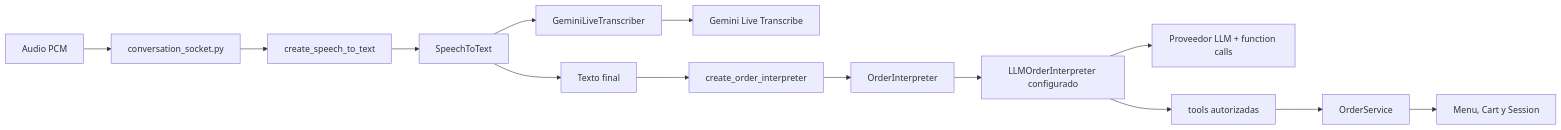
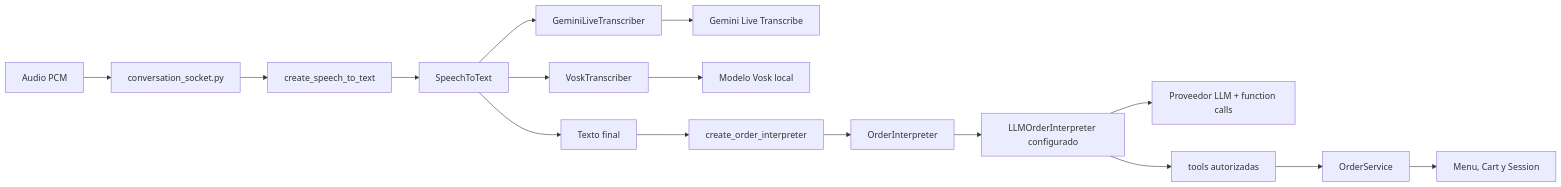
Before and after one commit to gsierra1/self_order: the third of 3 diagrams in docs/arquitectura.md, drawn with Mermaid. The commit also changed other lines of this file and 18 other files, not shown here.

Commit message:
Incorpora Vosk como transcriptor local opcional.

````diff
--- a/docs/arquitectura.md
+++ b/docs/arquitectura.md
@@ -424,16 +425,18 @@
 ```mermaid
 flowchart LR
     A[Audio PCM] --> CS[conversation_socket.py]
     CS --> F1[create_speech_to_text]
     F1 --> C1[SpeechToText]
     C1 --> G1[GeminiLiveTranscriber]
     G1 --> GT[Gemini Live Transcribe]
+    C1 --> V1[VoskTranscriber]
+    V1 --> VM[Modelo Vosk local]
     C1 --> T[Texto final]
     T --> F2[create_order_interpreter]
     F2 --> C2[OrderInterpreter]
     C2 --> G2[LLMOrderInterpreter configurado]
     G2 --> GC[Proveedor LLM + function calls]
     G2 --> TO[tools autorizadas]
     TO --> OS[OrderService]
     OS --> CA[Menu, Cart y Session]
 ```
````
